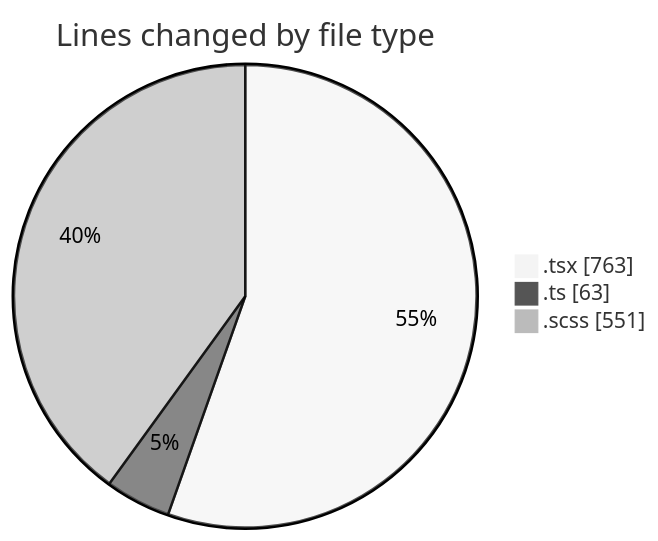
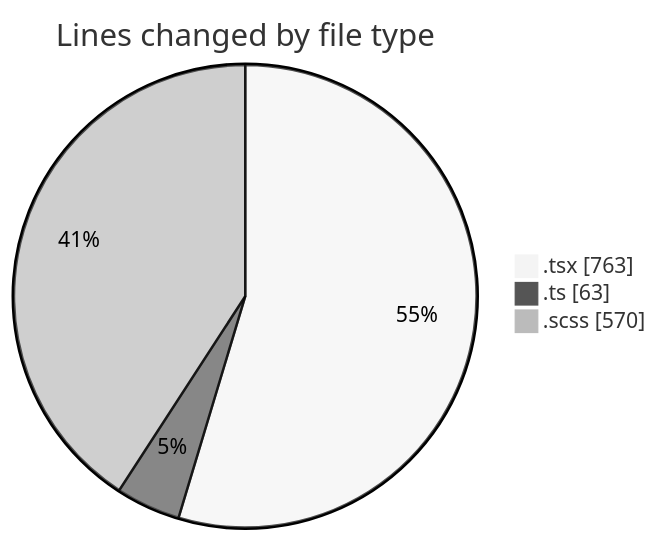
Before and after one commit to momahboobian/code-tracking: the first of 2 diagrams in 2025-04-02/cda/README.md, drawn with Mermaid (neutral theme). The commit also changed other lines of this file and 1 other file, not shown here.

````diff
--- a/2025-04-02/cda/README.md
+++ b/2025-04-02/cda/README.md
@@ -26,7 +26,7 @@
 ```mermaid
 pie showData
 title Lines changed by file type
 ".tsx" : 763
 ".ts" : 63
-".scss" : 551
+".scss" : 570
 ```
````
